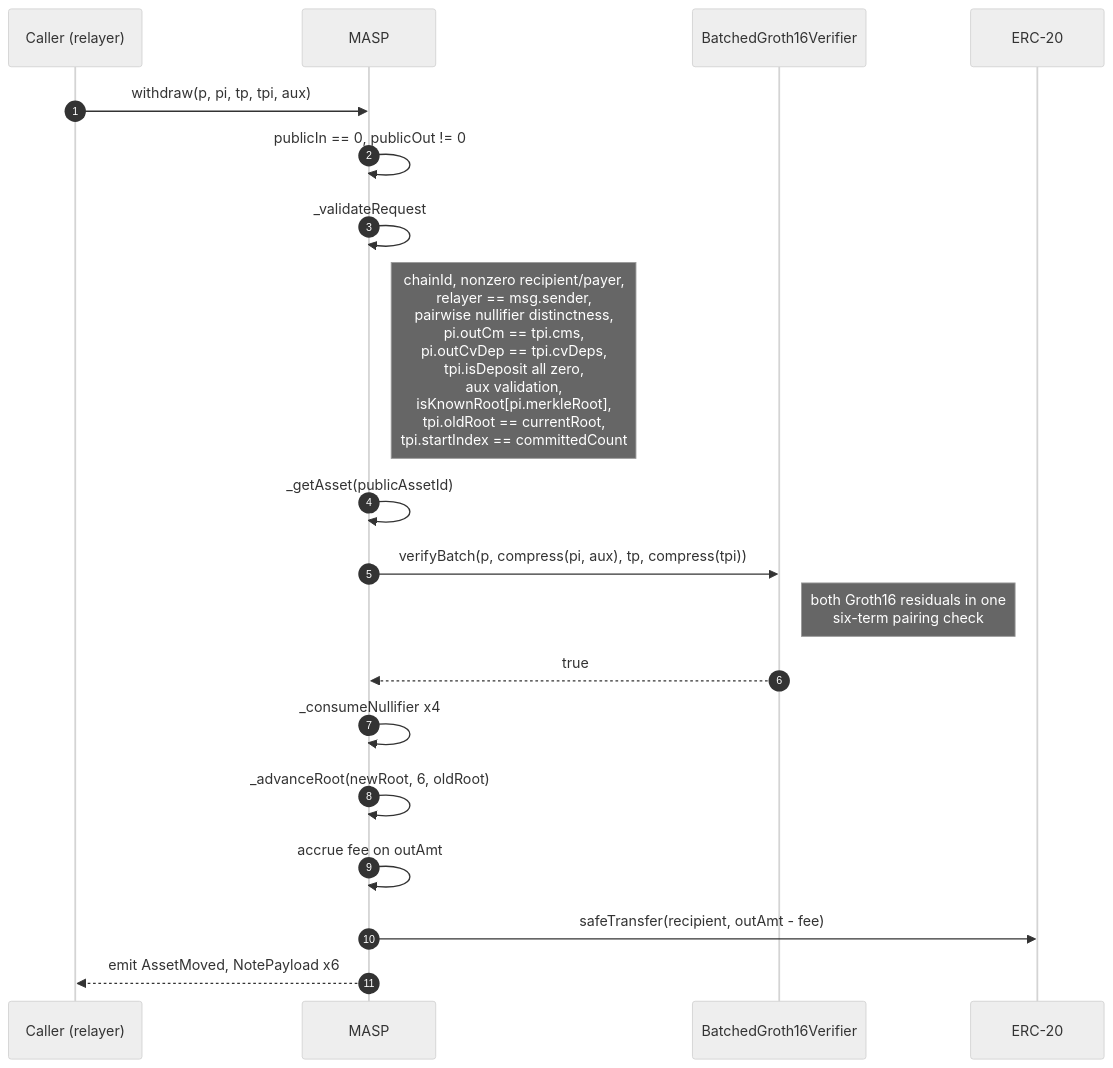
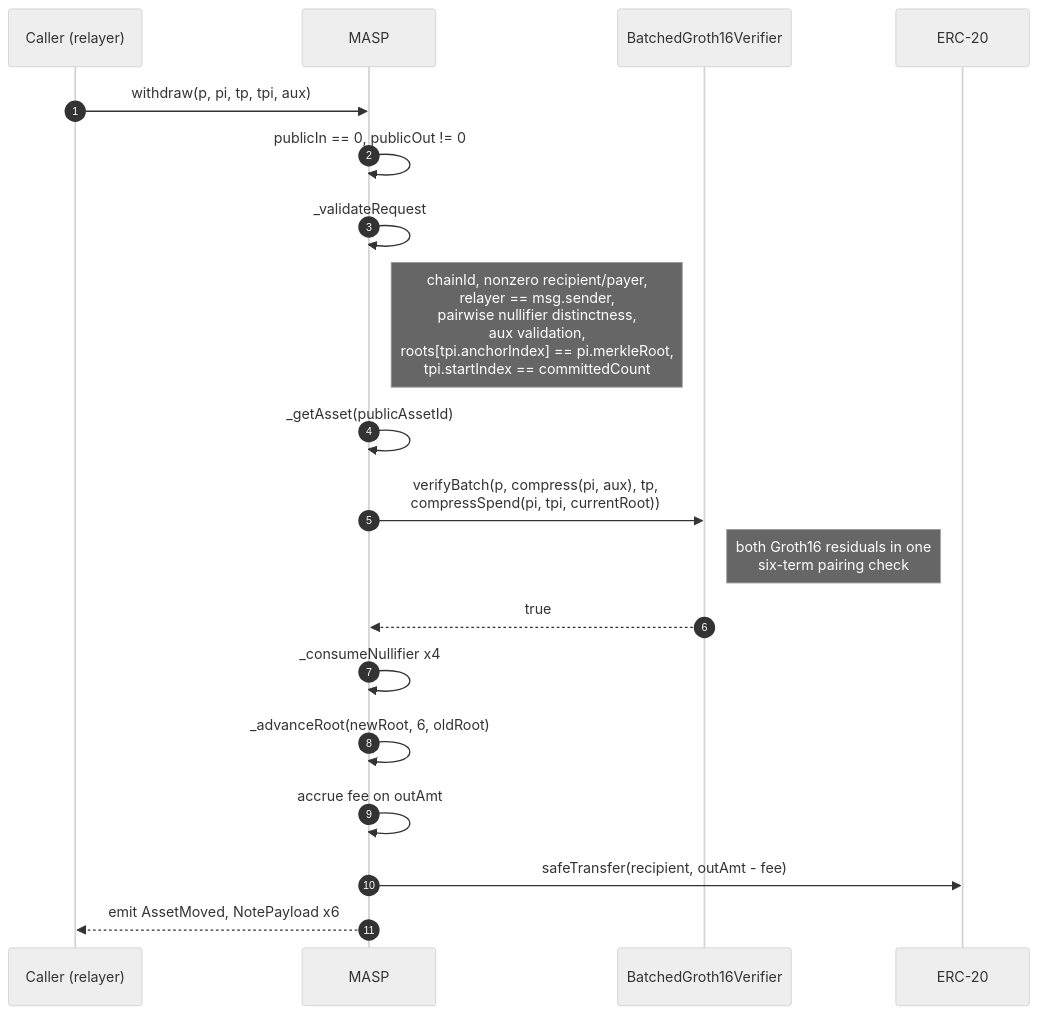
One commit to lelantos-org/contracts changed the eighth of 12 diagrams in src/README.md. Above: the diagram before and after it, drawn with Mermaid (neutral theme). The commit also changed other lines of this file and 275 other files, not shown here.

````diff
--- a/src/README.md
+++ b/src/README.md
@@ -445,22 +487,22 @@
 ```mermaid
 sequenceDiagram
   autonumber
   participant C as Caller (relayer)
   participant M as MASP
   participant BV as BatchedGroth16Verifier
   participant T as ERC-20
 
   C->>M: withdraw(p, pi, tp, tpi, aux)
   M->>M: publicIn == 0, publicOut != 0
   M->>M: _validateRequest
-  Note right of M: chainId, nonzero recipient/payer,<br/>relayer == msg.sender,<br/>pairwise nullifier distinctness,<br/>pi.outCm == tpi.cms,<br/>pi.outCvDep == tpi.cvDeps,<br/>tpi.isDeposit all zero,<br/>aux validation,<br/>isKnownRoot[pi.merkleRoot],<br/>tpi.oldRoot == currentRoot,<br/>tpi.startIndex == committedCount
+  Note right of M: chainId, nonzero recipient/payer,<br/>relayer == msg.sender,<br/>pairwise nullifier distinctness,<br/>aux validation,<br/>roots[tpi.anchorIndex] == pi.merkleRoot,<br/>tpi.startIndex == committedCount
   M->>M: _getAsset(publicAssetId)
-  M->>BV: verifyBatch(p, compress(pi, aux), tp, compress(tpi))
+  M->>BV: verifyBatch(p, compress(pi, aux), tp,<br/>compressSpend(pi, tpi, currentRoot))
   Note right of BV: both Groth16 residuals in one<br/>six-term pairing check
   BV-->>M: true
   M->>M: _consumeNullifier x4
   M->>M: _advanceRoot(newRoot, 6, oldRoot)
   M->>M: accrue fee on outAmt
   M->>T: safeTransfer(recipient, outAmt - fee)
   M-->>C: emit AssetMoved, NotePayload x6
 ```
````
